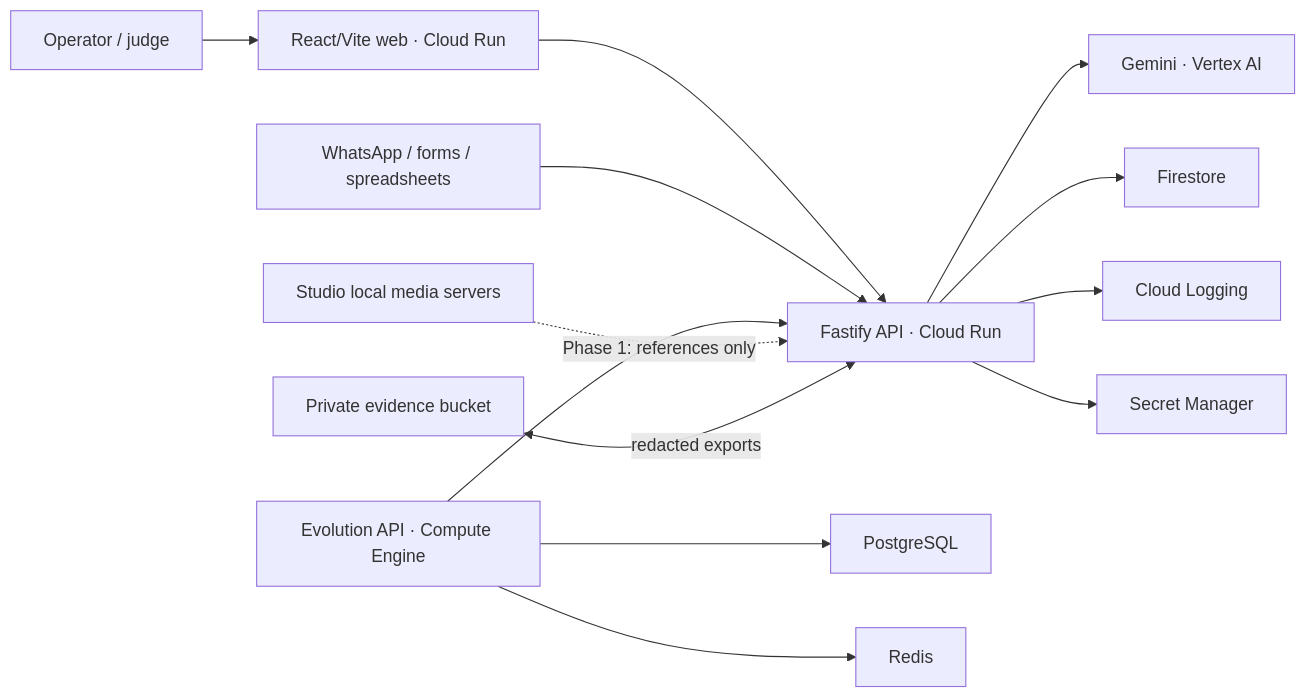
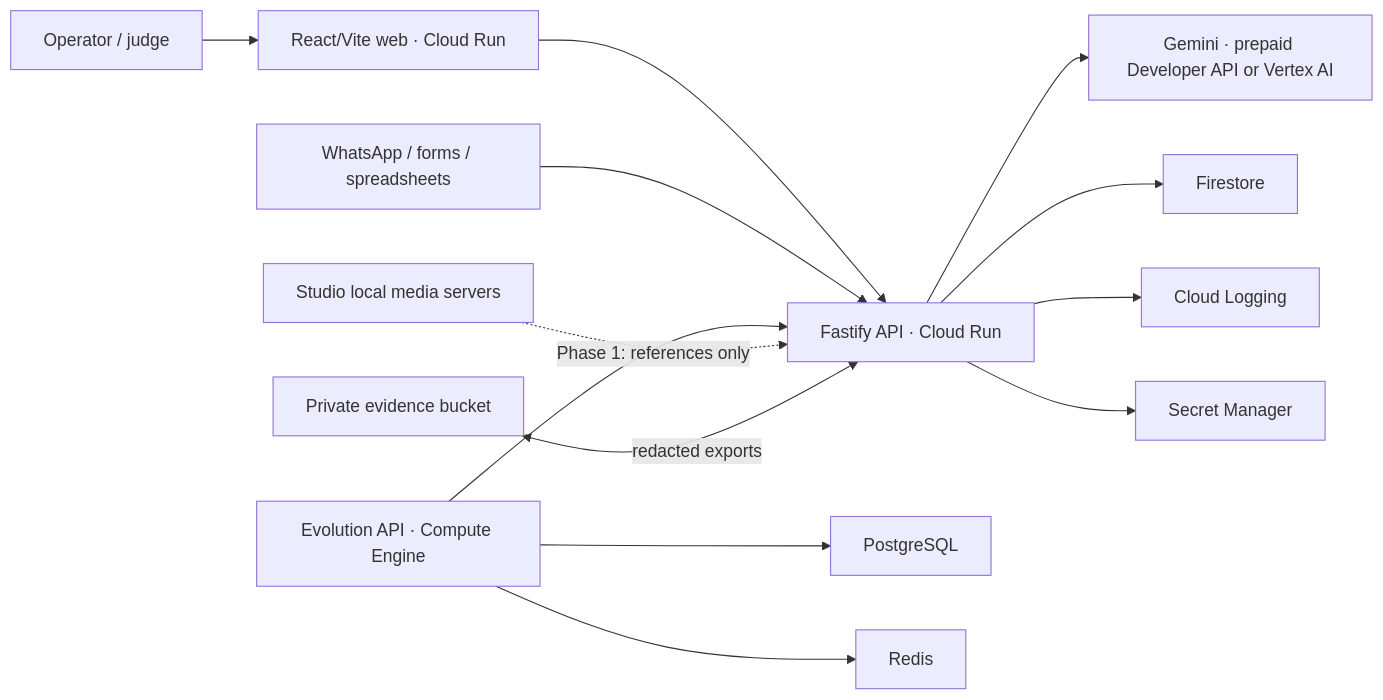
One commit to Rafa-Innerchispa/pcdoctor-ai-xprize changed the diagram in docs/architecture.md. Above: the diagram before and after it, drawn with Mermaid. The commit also changed other lines of this file and 13 other files, not shown here.

Commit message:
feat: meter prepaid Gemini usage by tenant

````diff
--- a/docs/architecture.md
+++ b/docs/architecture.md
@@ -5,15 +5,15 @@
 ```mermaid
 flowchart LR
   U["Operator / judge"] --> W["React/Vite web · Cloud Run"]
   W --> A["Fastify API · Cloud Run"]
   C["WhatsApp / forms / spreadsheets"] --> A
-  A --> G["Gemini · Vertex AI"]
+  A --> G["Gemini · prepaid Developer API or Vertex AI"]
   A --> F["Firestore"]
   A --> L["Cloud Logging"]
   A --> S["Secret Manager"]
   E["Evolution API · Compute Engine"] --> A
   E --> P["PostgreSQL"]
   E --> R["Redis"]
   O["Studio local media servers"] -. "Phase 1: references only" .-> A
   B["Private evidence bucket"] <-- "redacted exports" --> A
 ```
````
